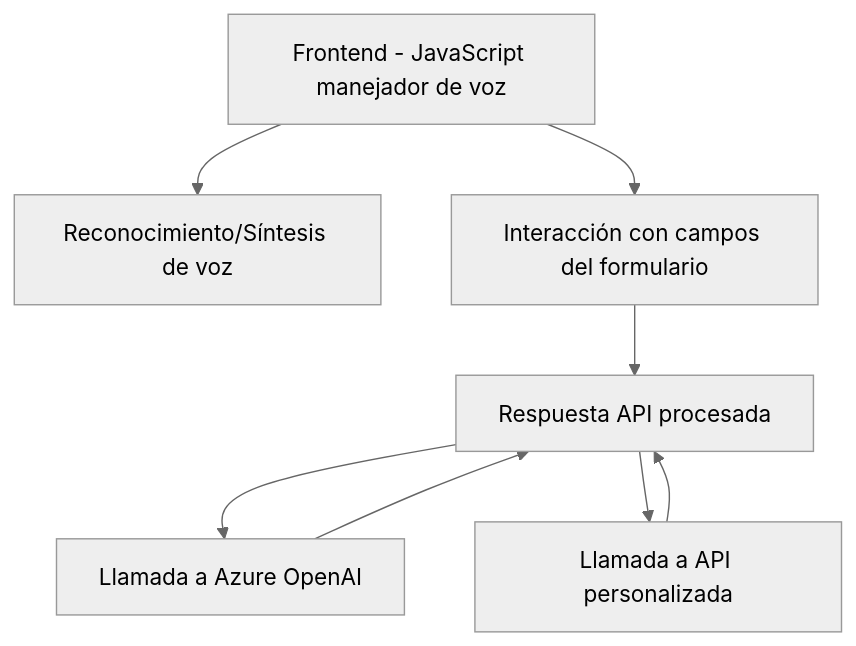
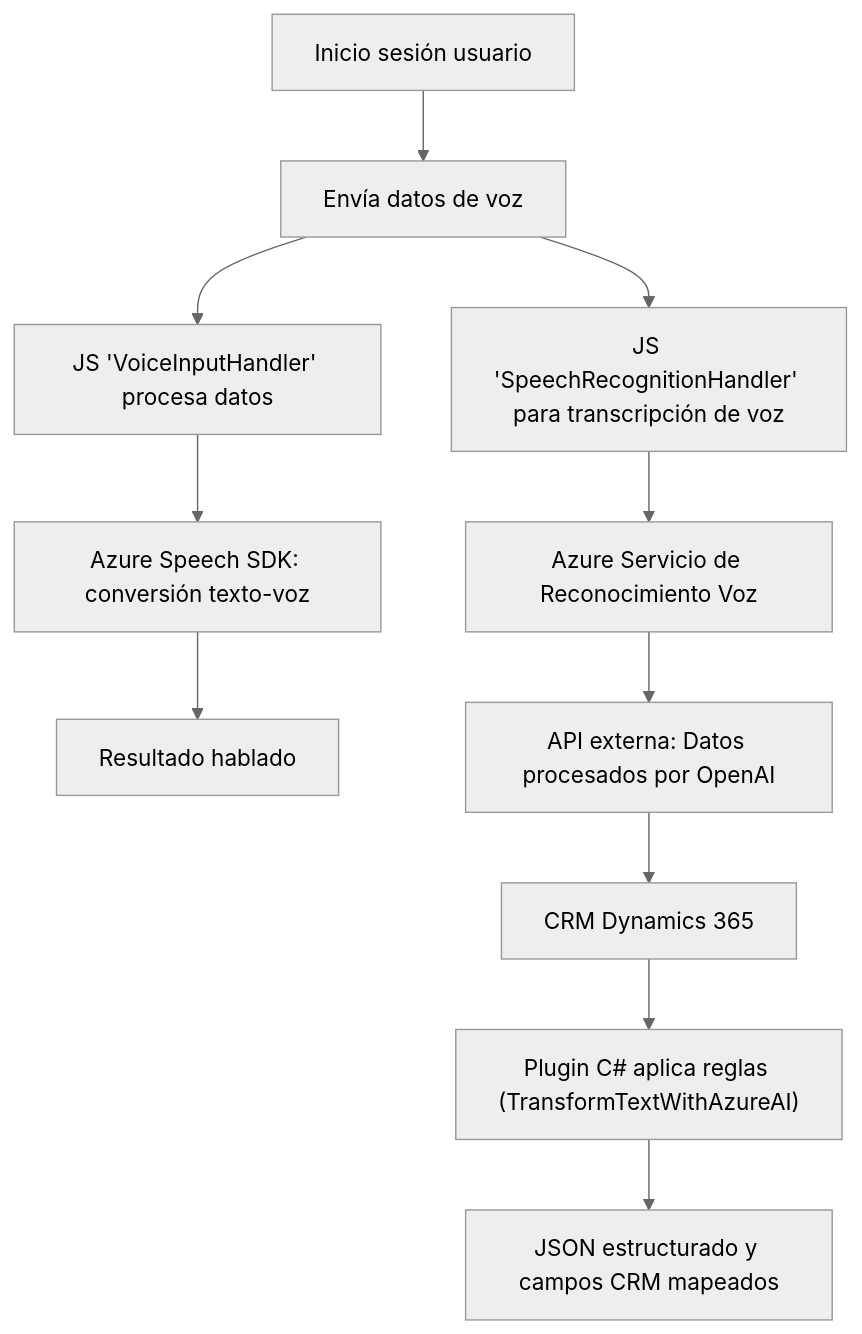
The diagram in README.md (blopezdm/NETCORE_BILBAO2025), drawn with Mermaid (neutral theme) before and after one commit. The commit also changed other lines of this file, not shown here.

Commit message:
Actualizar análisis global de la solución con IA

````diff
--- a/README.md
+++ b/README.md
@@ -39,17 +59,25 @@
 ```mermaid
 graph TD
-  A["Frontend - JavaScript manejador de voz"]
-  B["Azure Speech SDK"]
-  C["Formulario Dynamics"]
-  D["Backend Plugin Dynamics"]
-  E["Azure OpenAI Service"]
-  F["Custom API Dynamics (trial_TransformTextWithAzureAI)"]
+    A["Inicio sesión usuario"]
+    B["Envía datos de voz"]
+    C["JS 'VoiceInputHandler' procesa datos"]
+    D["Azure Speech SDK: conversión texto-voz"]
+    E["Resultado hablado"]
+    F["JS 'SpeechRecognitionHandler' para transcripción de voz"]
+    G["Azure Servicio de Reconocimiento Voz"]
+    H["API externa: Datos procesados por OpenAI"]
+    I["CRM Dynamics 365"]
+    J["Plugin C# aplica reglas (TransformTextWithAzureAI)"]
+    K["JSON estructurado y campos CRM mapeados"]
 
-  A --> B["Reconocimiento/Síntesis de voz"]
-  A --> C["Interacción con campos del formulario"]
-  C --> D["Procesamiento con lógica de negocio"]
-  D --> E["Llamada a Azure OpenAI"]
-  D --> F["Llamada a API personalizada"]
-  E --> D["Respuesta JSON procesada"]
-  F --> D["Respuesta API procesada"]
+    A --> B
+    B --> C
+    C --> D
+    D --> E
+    B --> F
+    F --> G
+    G --> H
+    H --> I
+    I --> J
+    J --> K
 ```
````
